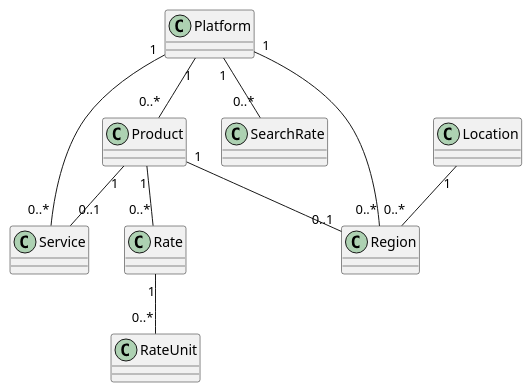
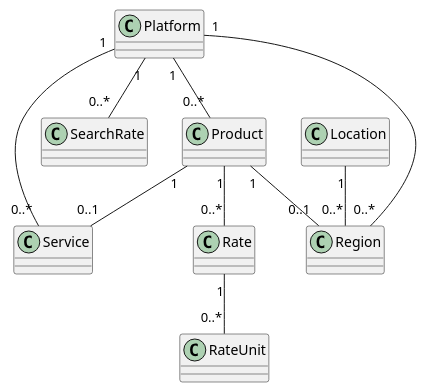
Before and after one commit to huybrechtsxyz/huybrechtsxyz: the diagram in src/website/Huybrechts.Core/Platform/_.plantuml, drawn with PlantUML. The commit also changed 6 other files, not shown here.

```diff
--- a/src/website/Huybrechts.Core/Platform/_.plantuml
+++ b/src/website/Huybrechts.Core/Platform/_.plantuml
@@ -1,40 +1,50 @@
 @startuml Platform CD
+
+class Platform {
+}
+
+class Region {
+}
+
+Platform "1" -- "0..*" Region
+
+
+
+
+
 
 class Location {
 }
 
-class Platform {
-}
 
 class Service {
 }
 
-class Region {
-}
+
 
 class SearchRate {
 }
 
 class Product {
 }
 
 class Rate {
 }
 
 class RateUnit {
 }
 
 Platform "1" -- "0..*" SearchRate
 
 Platform "1" -- "0..*" Service
-Platform "1" -- "0..*" Region
+
 
 Location "1" -- "0..*"Region
 
 Platform "1" -- "0..*" Product
 Product "1" -- "0..1" Service
 Product "1" -- "0..1" Region
 Product "1" -- "0..*" Rate
 Rate "1" -- "0..*" RateUnit 
 
 @enduml
```
